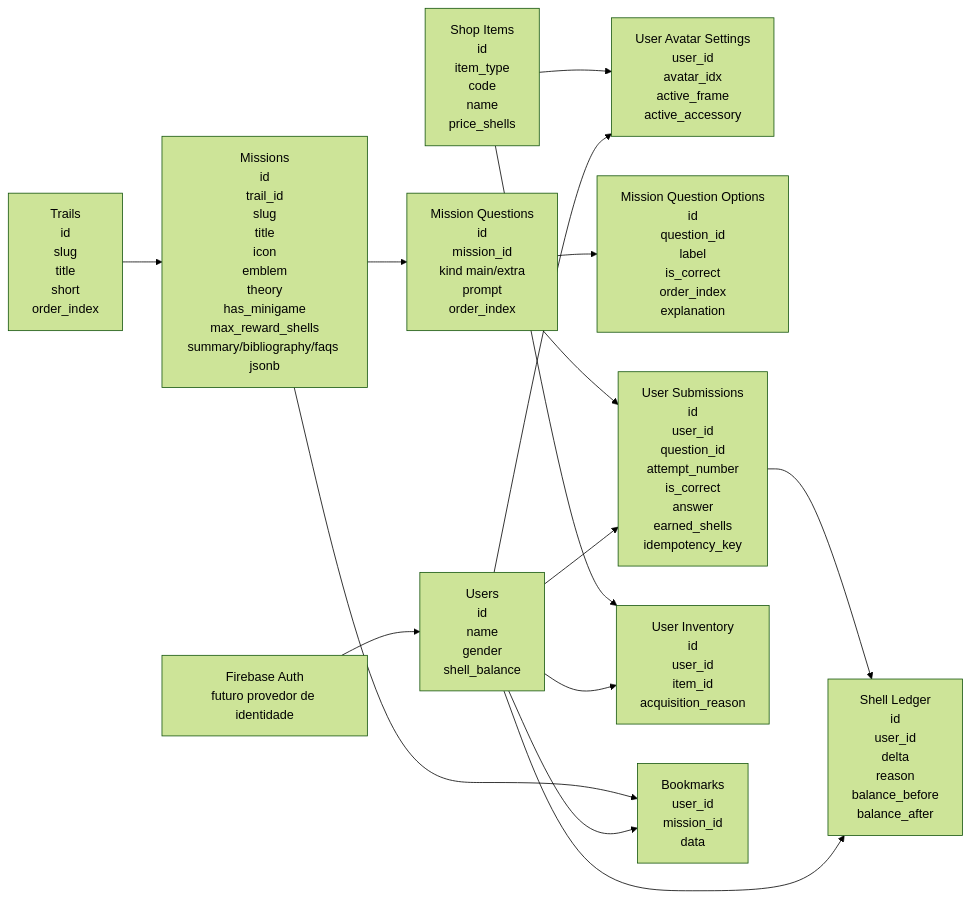
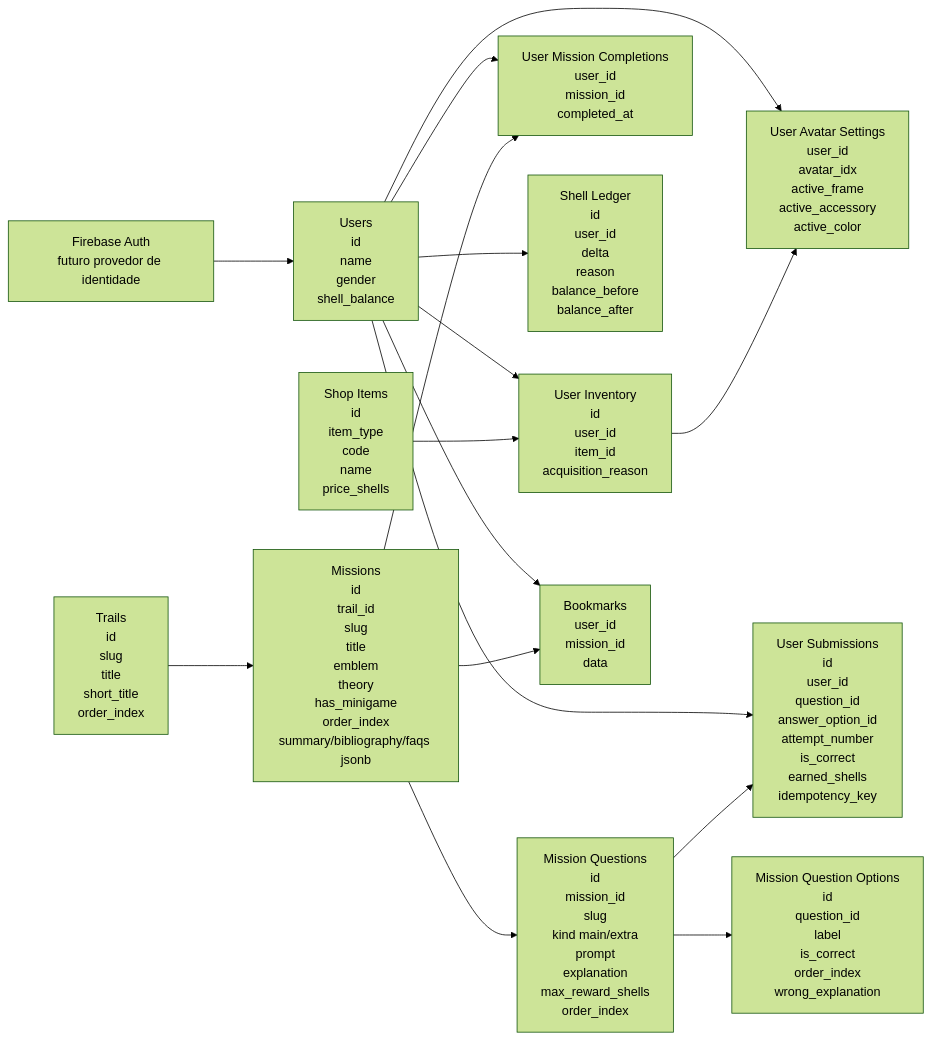
Before and after one commit to fpcoutinho/tentacle: the diagram in README.md, drawn with Mermaid (forest theme). The commit also changed other lines of this file, not shown here.

````diff
--- a/README.md
+++ b/README.md
@@ -11,43 +11,46 @@
 ```mermaid
 flowchart LR
 	FA[Firebase Auth<br/>futuro provedor de identidade]
 
 	U[Users<br/>id<br/>name<br/>gender<br/>shell_balance]
 
-	A[User Avatar Settings<br/>user_id<br/>avatar_idx<br/>active_frame<br/>active_accessory]
+	A[User Avatar Settings<br/>user_id<br/>avatar_idx<br/>active_frame<br/>active_accessory<br/>active_color]
 
-	T[Trails<br/>id<br/>slug<br/>title<br/>short<br/>order_index]
+	T[Trails<br/>id<br/>slug<br/>title<br/>short_title<br/>order_index]
 
-	M[Missions<br/>id<br/>trail_id<br/>slug<br/>title<br/>icon<br/>emblem<br/>theory<br/>has_minigame<br/>max_reward_shells<br/>summary/bibliography/faqs jsonb]
+	M[Missions<br/>id<br/>trail_id<br/>slug<br/>title<br/>emblem<br/>theory<br/>has_minigame<br/>order_index<br/>summary/bibliography/faqs jsonb]
 
-	Q[Mission Questions<br/>id<br/>mission_id<br/>kind main/extra<br/>prompt<br/>order_index]
+	Q[Mission Questions<br/>id<br/>mission_id<br/>slug<br/>kind main/extra<br/>prompt<br/>explanation<br/>max_reward_shells<br/>order_index]
 
-	O[Mission Question Options<br/>id<br/>question_id<br/>label<br/>is_correct<br/>order_index<br/>explanation]
+	O[Mission Question Options<br/>id<br/>question_id<br/>label<br/>is_correct<br/>order_index<br/>wrong_explanation]
 
-	S[User Submissions<br/>id<br/>user_id<br/>question_id<br/>attempt_number<br/>is_correct<br/>answer<br/>earned_shells<br/>idempotency_key]
+	C[User Mission Completions<br/>user_id<br/>mission_id<br/>completed_at]
+
+	S[User Submissions<br/>id<br/>user_id<br/>question_id<br/>answer_option_id<br/>attempt_number<br/>is_correct<br/>earned_shells<br/>idempotency_key]
 
 	L[Shell Ledger<br/>id<br/>user_id<br/>delta<br/>reason<br/>balance_before<br/>balance_after]
 
 	I[Shop Items<br/>id<br/>item_type<br/>code<br/>name<br/>price_shells]
 
 	UI[User Inventory<br/>id<br/>user_id<br/>item_id<br/>acquisition_reason]
 
 	B[Bookmarks<br/>user_id<br/>mission_id<br/>data]
 
 	FA --> U
 	U --> A
+	U --> C
 	U --> S
 	U --> L
 	U --> UI
 	U --> B
 
 	T --> M
 	M --> Q
+	M --> C
 	Q --> O
 	Q --> S
 	M --> B
 
 	I --> UI
-	S --> L
-	I --> A
+	UI --> A
 ```
````
